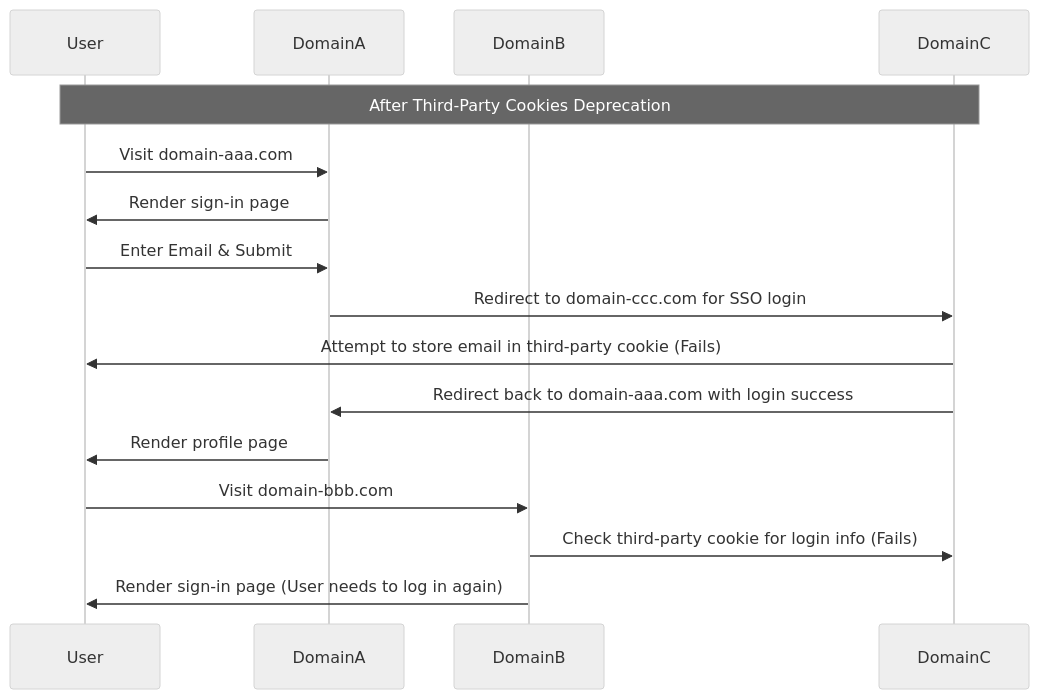
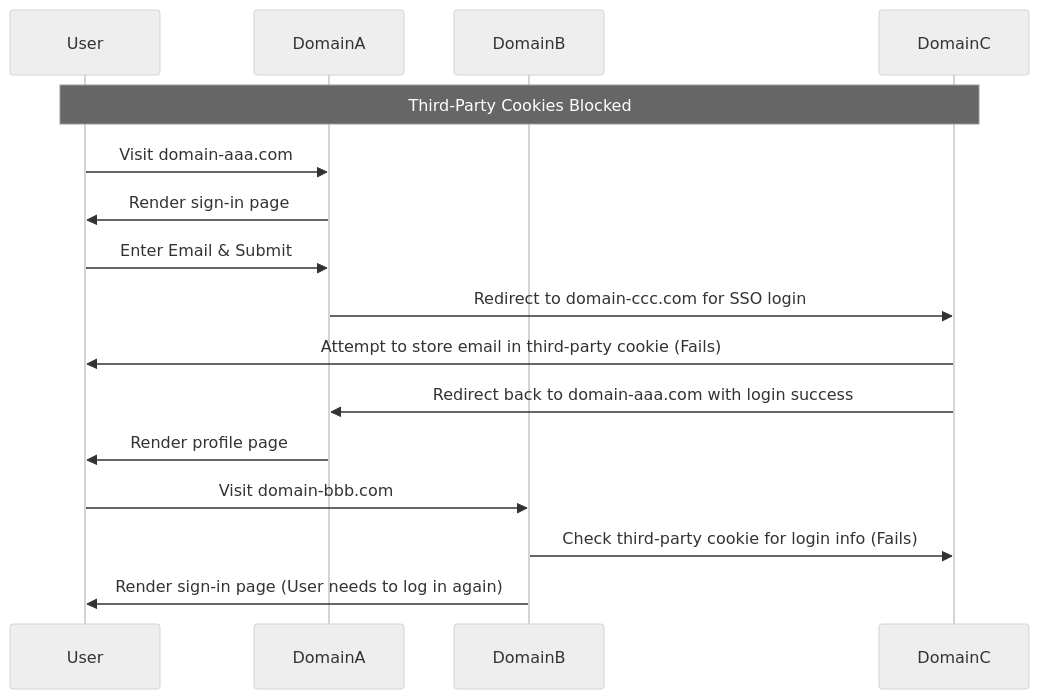
The fifth of 7 diagrams in Example-analysis-scenarios.md (rtCamp/ps-analysis-tool-wiki), drawn with Mermaid (neutral theme) before and after one commit. The commit also changed other lines of this file and 5 other files, not shown here.

````diff
--- a/Example-analysis-scenarios.md
+++ b/Example-analysis-scenarios.md
@@ -239,22 +239,22 @@
 ```mermaid
 sequenceDiagram
     participant User
     participant DomainA
     participant DomainB
     participant DomainC
 
-Note over User,DomainC: After Third-Party Cookies Deprecation
+Note over User,DomainC: Third-Party Cookies Blocked
 
     User->>DomainA: Visit domain-aaa.com
     DomainA->>User: Render sign-in page
     User->>DomainA: Enter Email & Submit
     DomainA->>DomainC: Redirect to domain-ccc.com for SSO login
     DomainC->>User: Attempt to store email in third-party cookie (Fails)
     DomainC->>DomainA: Redirect back to domain-aaa.com with login success
     DomainA->>User: Render profile page
 
     User->>DomainB: Visit domain-bbb.com
     DomainB->>DomainC: Check third-party cookie for login info (Fails)
     DomainB->>User: Render sign-in page (User needs to log in again)
 
 ```
````
